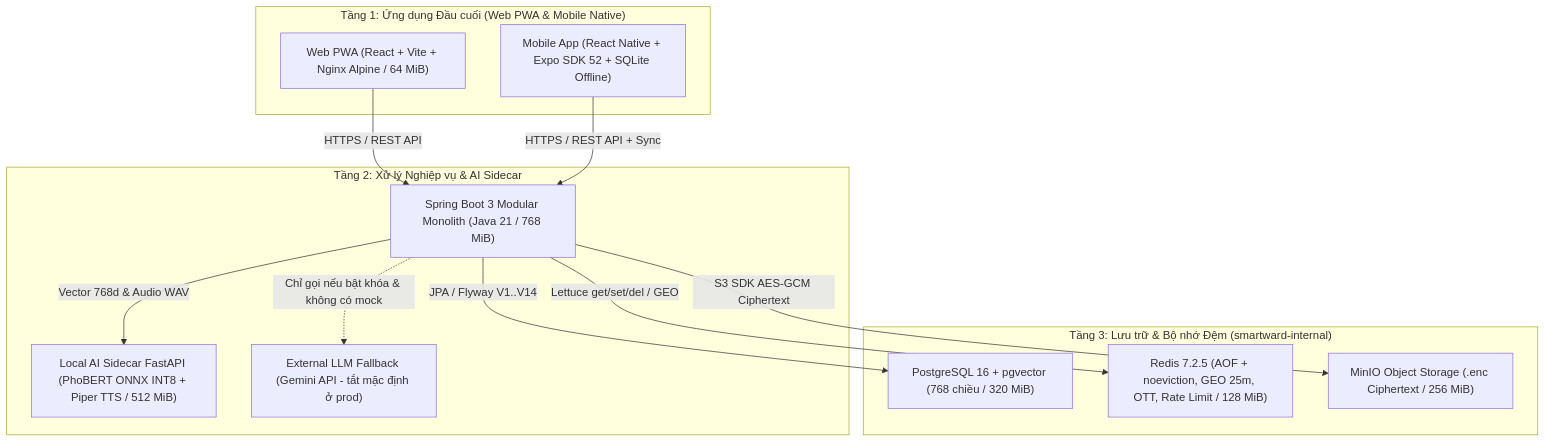
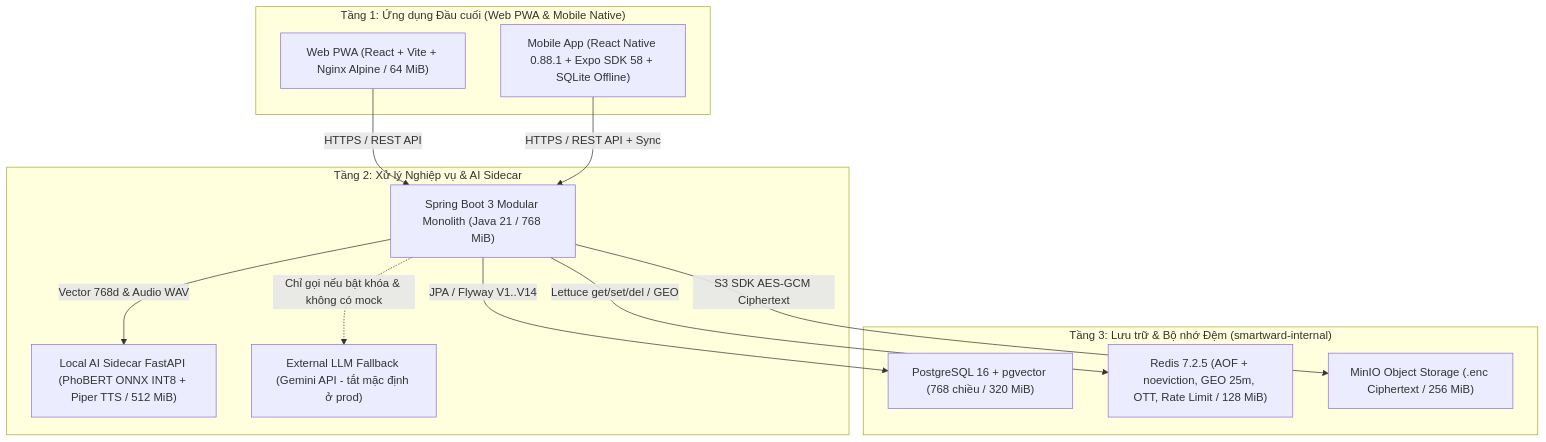
The first of 4 diagrams in docs/project/SYSTEM_OVERVIEW.md (tuankhanh2306/SmartWardAI), drawn with Mermaid before and after one commit. The commit also changed 7 other files, not shown here.

Commit message:
feat(sla,perf,docs): add 2026-2027 lunar holidays, split pdfExporter <500kB, verify GPS log privacy & Expo SDK 58 docs

````diff
--- a/docs/project/SYSTEM_OVERVIEW.md
+++ b/docs/project/SYSTEM_OVERVIEW.md
@@ -29,27 +29,27 @@
 ```mermaid
 flowchart TD
     subgraph Clients["Tầng 1: Ứng dụng Đầu cuối (Web PWA & Mobile Native)"]
         Web["Web PWA (React + Vite + Nginx Alpine / 64 MiB)"]
-        Mobile["Mobile App (React Native + Expo SDK 52 + SQLite Offline)"]
+        Mobile["Mobile App (React Native 0.88.1 + Expo SDK 58 + SQLite Offline)"]
     end
 
     subgraph AppLayer["Tầng 2: Xử lý Nghiệp vụ & AI Sidecar"]
         Backend["Spring Boot 3 Modular Monolith (Java 21 / 768 MiB)"]
         Sidecar["Local AI Sidecar FastAPI (PhoBERT ONNX INT8 + Piper TTS / 512 MiB)"]
         Gemini["External LLM Fallback (Gemini API - tắt mặc định ở prod)"]
     end
 
     subgraph DataLayer["Tầng 3: Lưu trữ & Bộ nhớ Đệm (smartward-internal)"]
         PG["PostgreSQL 16 + pgvector (768 chiều / 320 MiB)"]
         Redis["Redis 7.2.5 (AOF + noeviction, GEO 25m, OTT, Rate Limit / 128 MiB)"]
         MinIO["MinIO Object Storage (.enc Ciphertext / 256 MiB)"]
     end
 
     Web -->|"HTTPS / REST API"| Backend
     Mobile -->|"HTTPS / REST API + Sync"| Backend
     Backend -->|"Vector 768d & Audio WAV"| Sidecar
     Backend -.->|"Chỉ gọi nếu bật khóa & không có mock"| Gemini
     Backend -->|"JPA / Flyway V1..V14"| PG
     Backend -->|"Lettuce get/set/del / GEO"| Redis
     Backend -->|"S3 SDK AES-GCM Ciphertext"| MinIO
 ```
````
